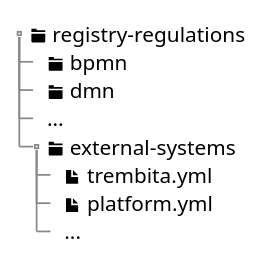
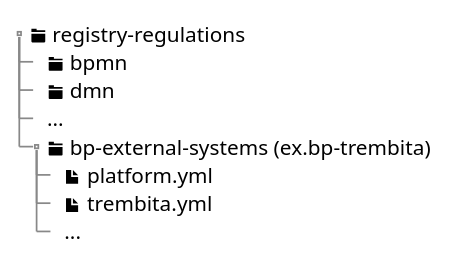
One commit to epam/edp-ddm-architecture changed the second of 5 diagrams in modules/tech/pages/datafactory/cross-registry.adoc. Above: the diagram before and after it, drawn with PlantUML. The commit also changed other lines of this file and 1 other file, not shown here.

Commit message:
[MDTUDDM-10896] Integration with third-party systems added

```diff
--- a/modules/tech/pages/datafactory/cross-registry.adoc
+++ b/modules/tech/pages/datafactory/cross-registry.adoc
@@ -56,18 +65,18 @@
-[plantuml, structure, svg]
+[plantuml, bp-structure, svg]
 ----
 @startsalt
 {
 {T
 + <&folder> registry-regulations
 ++ <&folder> bpmn
 ++ <&folder> dmn
 ++ ...
 
-++ <&folder> external-systems
+++ <&folder> bp-external-systems (ex.bp-trembita)
++++ <&file> platform.yml
 +++ <&file> trembita.yml
-+++ <&file> platform.yml
 +++ ...
 }
 }
 @endsalt
 ----
```
